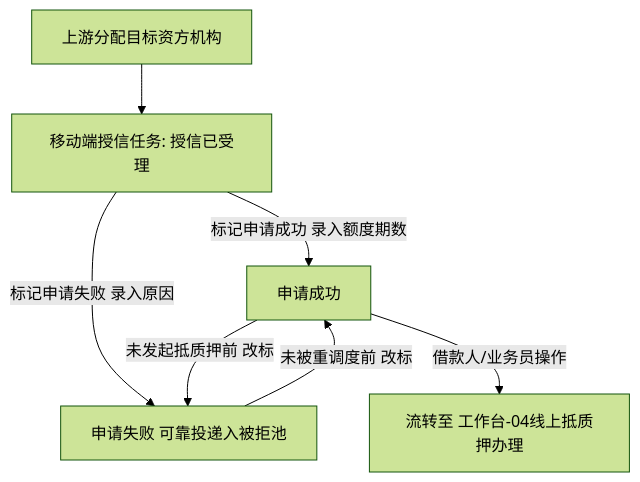
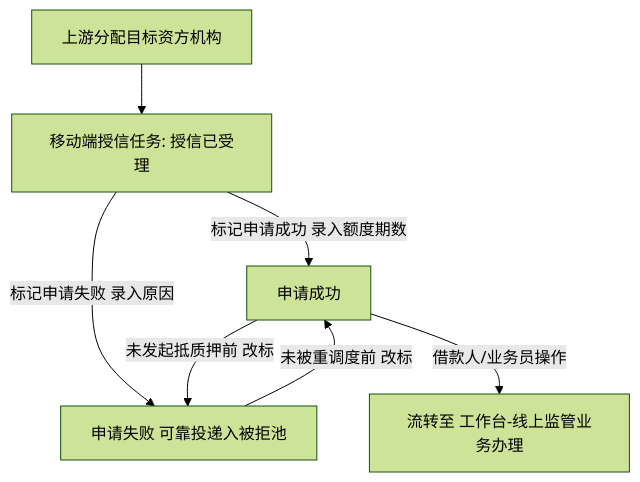
One commit to RobertHuang999/SYZC changed the diagram in 02-PRD文档/🌟🌟🌟-最新基准版/B端H5/02-工作台/02-融资监管/03-客户融资授信办理/README.md. Above: the diagram before and after it, drawn with Mermaid (forest theme). The commit also changed other lines of this file and 114 other files, not shown here.

````diff
--- a/02-PRD文档/🌟🌟🌟-最新基准版/B端H5/02-工作台/02-融资监管/03-客户融资授信办理/README.md
+++ b/02-PRD文档/🌟🌟🌟-最新基准版/B端H5/02-工作台/02-融资监管/03-客户融资授信办理/README.md
@@ -68,9 +68,9 @@
 ```mermaid
 flowchart TD
     A[上游分配目标资方机构] --> B[移动端授信任务: 授信已受理]
     B -->|标记申请成功 录入额度期数| C[申请成功]
     B -->|标记申请失败 录入原因| D[申请失败 可靠投递入被拒池]
     C -->|未发起抵质押前 改标| D
     D -->|未被重调度前 改标| C
-    C -->|借款人/业务员操作| E[流转至 工作台-04线上抵质押办理]
+    C -->|借款人/业务员操作| E[流转至 工作台-线上监管业务办理]
 ```
````
